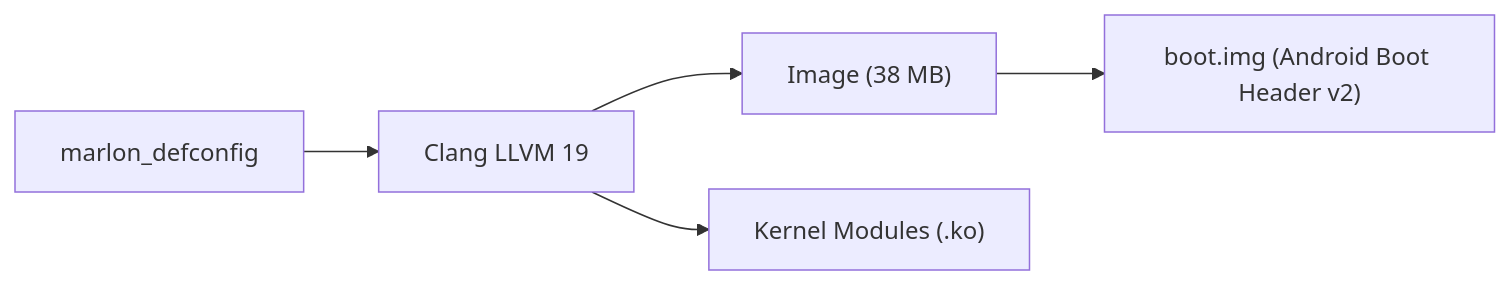
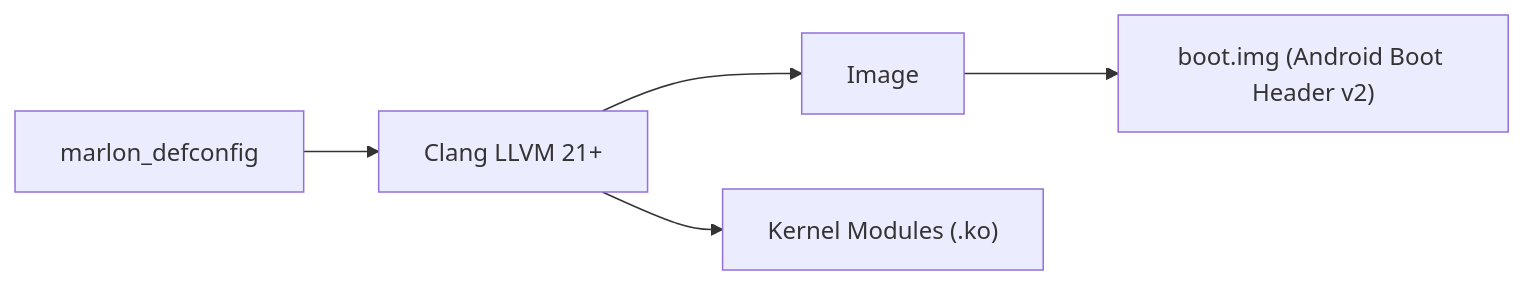
One commit to kelexine/android_kernel_cubot_mt6765 changed the diagram in README.md. Above: the diagram before and after it, drawn with Mermaid. The commit also changed other lines of this file, not shown here.

First line of the commit message:
docs(kernel): update README with Linux 4.19-CIP and Clang 21+ after merge

````diff
--- a/README.md
+++ b/README.md
@@ -70,7 +40,7 @@
 ```mermaid
 graph LR
-    Defconfig["marlon_defconfig"] --> Build["Clang LLVM 19"]
-    Build --> Image["Image (38 MB)"]
+    Defconfig["marlon_defconfig"] --> Build["Clang LLVM 21+"]
+    Build --> Image["Image"]
     Build --> Modules["Kernel Modules (.ko)"]
     Image --> Boot["boot.img (Android Boot Header v2)"]
 ```
````
